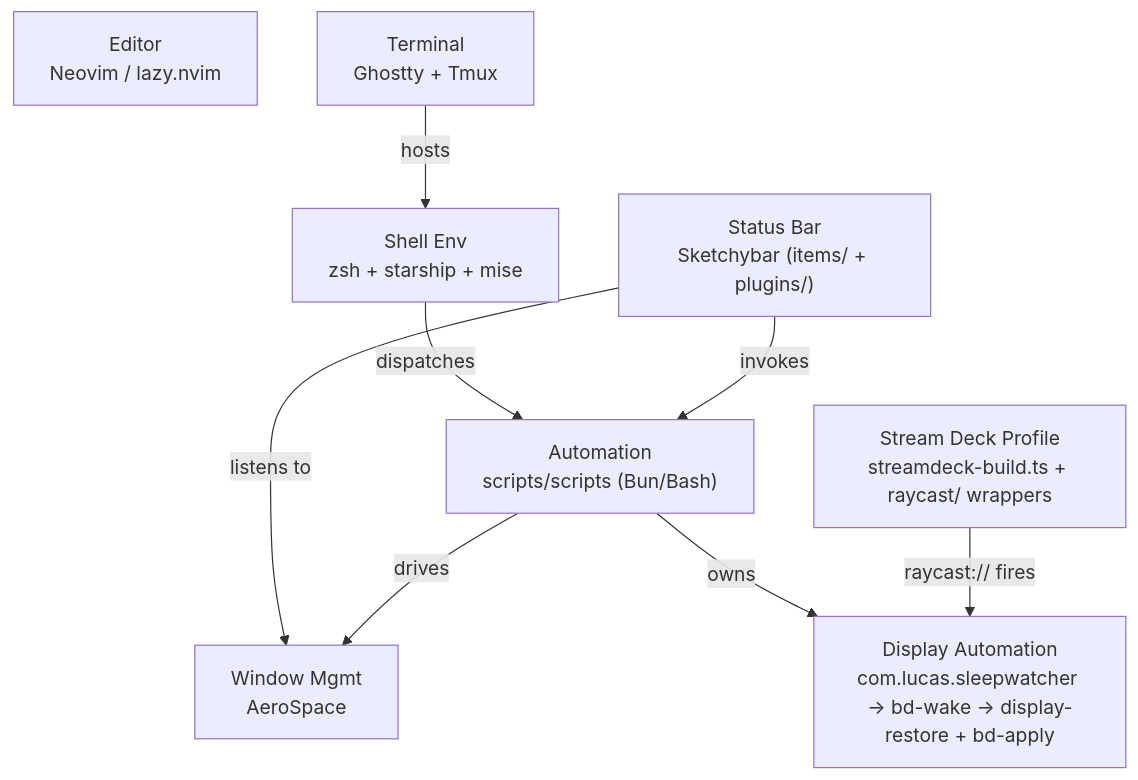
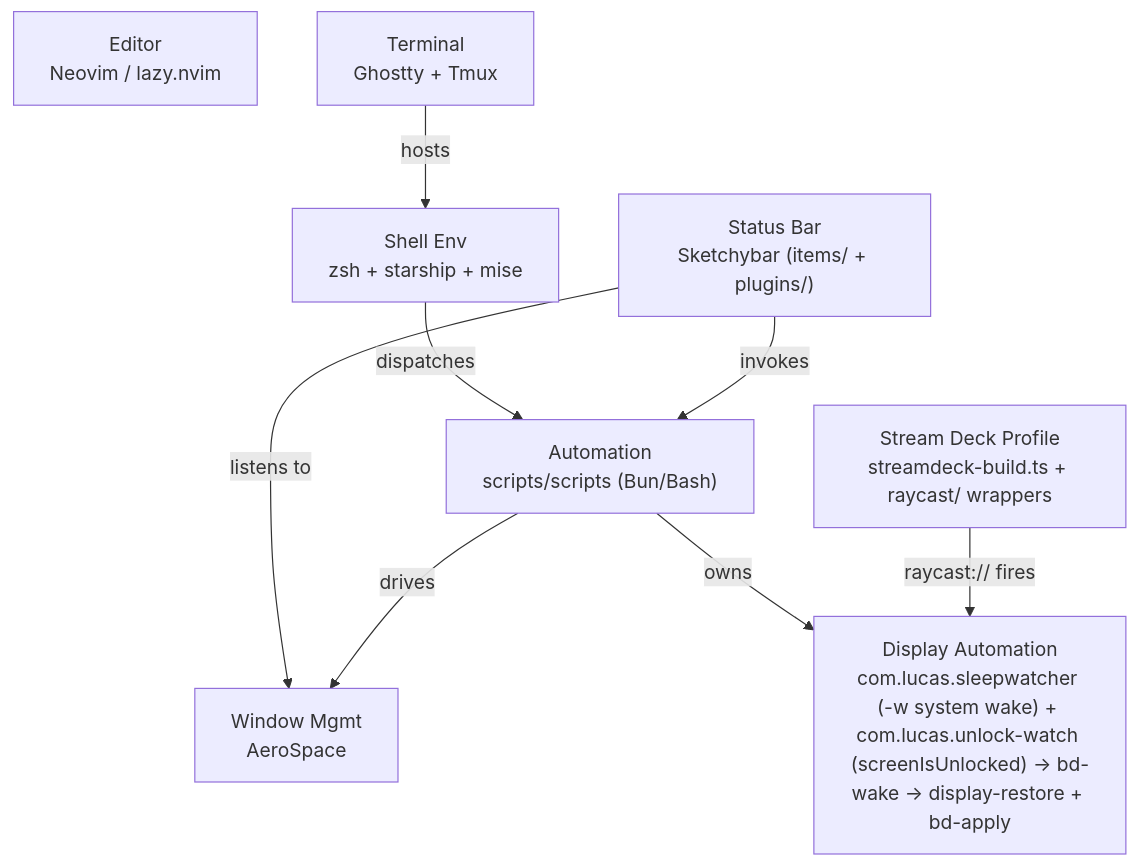
One commit to durante-tech/dotfiles changed the diagram in docs/Sentinel/C4-CONTAINER.md. Above: the diagram before and after it, drawn with Mermaid. The commit also changed other lines of this file and 4 other files, not shown here.

First line of the commit message:
chore(sentinel): reconcile snapshot for unlock-watch — ADR-009

````diff
--- a/docs/Sentinel/C4-CONTAINER.md
+++ b/docs/Sentinel/C4-CONTAINER.md
@@ -6,18 +6,18 @@
 ```mermaid
 graph TD
   shell["Shell Env<br/>zsh + starship + mise"]
   wm["Window Mgmt<br/>AeroSpace"]
   bar["Status Bar<br/>Sketchybar (items/ + plugins/)"]
   editor["Editor<br/>Neovim / lazy.nvim"]
   term["Terminal<br/>Ghostty + Tmux"]
   auto["Automation<br/>scripts/scripts (Bun/Bash)"]
-  disp["Display Automation<br/>com.lucas.sleepwatcher → bd-wake → display-restore + bd-apply"]
+  disp["Display Automation<br/>com.lucas.sleepwatcher (-w system wake) + com.lucas.unlock-watch (screenIsUnlocked) → bd-wake → display-restore + bd-apply"]
   deck["Stream Deck Profile<br/>streamdeck-build.ts + raycast/ wrappers"]
   shell -->|dispatches| auto
   bar -->|listens to| wm
   bar -->|invokes| auto
   auto -->|drives| wm
   auto -->|owns| disp
   deck -->|raycast:// fires| disp
   term -->|hosts| shell
 ```
````
